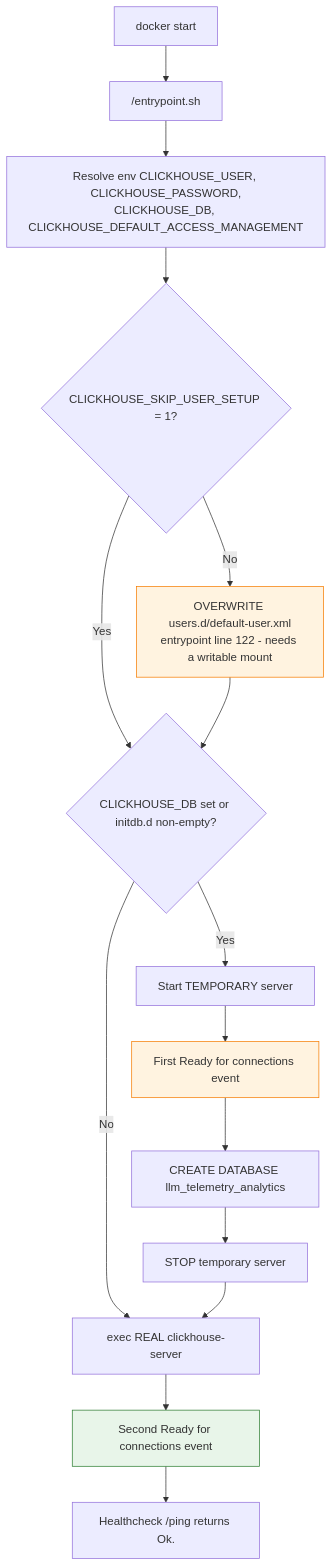
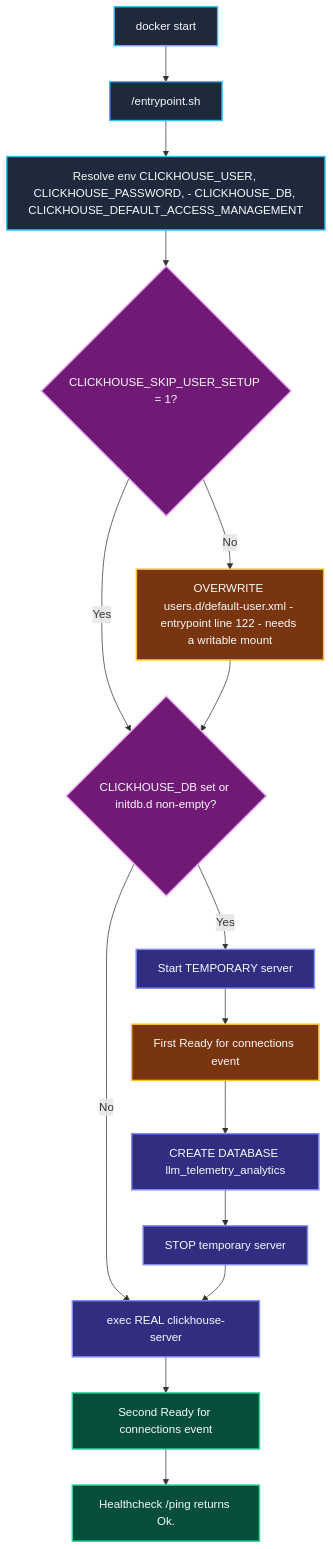
One commit to Chief-Strategist-J/llm-obs-infra changed the tenth of 17 diagrams in docs/configDoc/clickhouse-configuration-guide.md. Above: the diagram before and after it, drawn with Mermaid. The commit also changed other lines of this file, not shown here.

First line of the commit message:
fix(clickhouse-docs): repair Mermaid rendering, colour all diagrams, strip pseudocode comments

````diff
--- a/docs/configDoc/clickhouse-configuration-guide.md
+++ b/docs/configDoc/clickhouse-configuration-guide.md
@@ -1069,21 +1162,31 @@
 ```mermaid
 graph TB
     S1["docker start"] --> S2["/entrypoint.sh"]
-    S2 --> S3["Resolve env CLICKHOUSE_USER, CLICKHOUSE_PASSWORD,<br/>CLICKHOUSE_DB, CLICKHOUSE_DEFAULT_ACCESS_MANAGEMENT"]
+    S2 --> S3["Resolve env CLICKHOUSE_USER, CLICKHOUSE_PASSWORD, - CLICKHOUSE_DB, CLICKHOUSE_DEFAULT_ACCESS_MANAGEMENT"]
     S3 --> S4{"CLICKHOUSE_SKIP_USER_SETUP = 1?"}
-    S4 -->|No| S5["OVERWRITE users.d/default-user.xml<br/>entrypoint line 122 - needs a writable mount"]
+    S4 -->|No| S5["OVERWRITE users.d/default-user.xml - entrypoint line 122 - needs a writable mount"]
     S4 -->|Yes| S6
     S5 --> S6{"CLICKHOUSE_DB set or initdb.d non-empty?"}
     S6 -->|Yes| S7["Start TEMPORARY server"]
     S7 --> S8["First Ready for connections event"]
     S8 --> S9["CREATE DATABASE llm_telemetry_analytics"]
     S9 --> S10["STOP temporary server"]
     S6 -->|No| S11
     S10 --> S11["exec REAL clickhouse-server"]
     S11 --> S12["Second Ready for connections event"]
     S12 --> S13["Healthcheck /ping returns Ok."]
 
-    style S5 fill:#fff3e0,stroke:#f57c00
-    style S8 fill:#fff3e0,stroke:#f57c00
-    style S12 fill:#e8f5e9,stroke:#2e7d32
+    style S1 fill:#1e293b,stroke:#38bdf8,stroke-width:2px,color:#f8fafc
+    style S2 fill:#1e293b,stroke:#38bdf8,stroke-width:2px,color:#f8fafc
+    style S3 fill:#1e293b,stroke:#38bdf8,stroke-width:2px,color:#f8fafc
+    style S4 fill:#701a75,stroke:#f0abfc,stroke-width:2px,color:#f8fafc
+    style S6 fill:#701a75,stroke:#f0abfc,stroke-width:2px,color:#f8fafc
+    style S5 fill:#78350f,stroke:#fbbf24,stroke-width:2px,color:#f8fafc
+    style S8 fill:#78350f,stroke:#fbbf24,stroke-width:2px,color:#f8fafc
+    style S7 fill:#312e81,stroke:#818cf8,stroke-width:2px,color:#f8fafc
+    style S9 fill:#312e81,stroke:#818cf8,stroke-width:2px,color:#f8fafc
+    style S10 fill:#312e81,stroke:#818cf8,stroke-width:2px,color:#f8fafc
+    style S11 fill:#312e81,stroke:#818cf8,stroke-width:2px,color:#f8fafc
+    style S12 fill:#064e3b,stroke:#34d399,stroke-width:2px,color:#f8fafc
+    style S13 fill:#064e3b,stroke:#34d399,stroke-width:2px,color:#f8fafc
 ```
````
